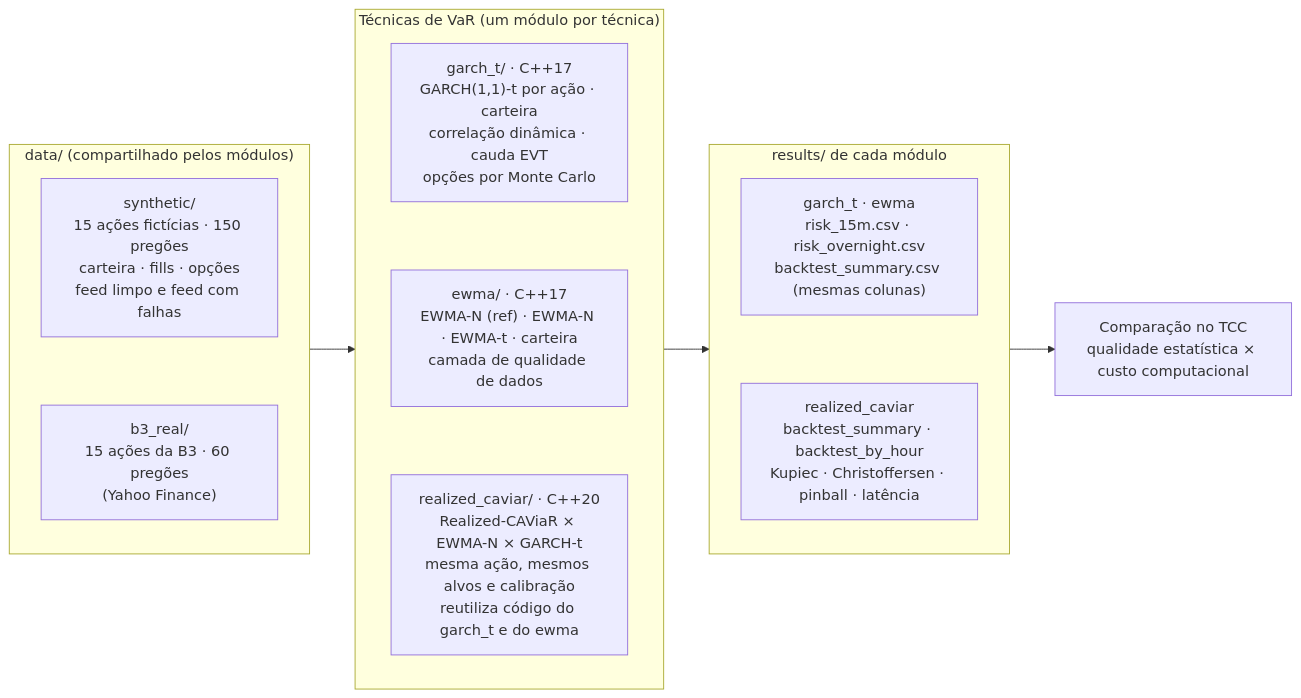
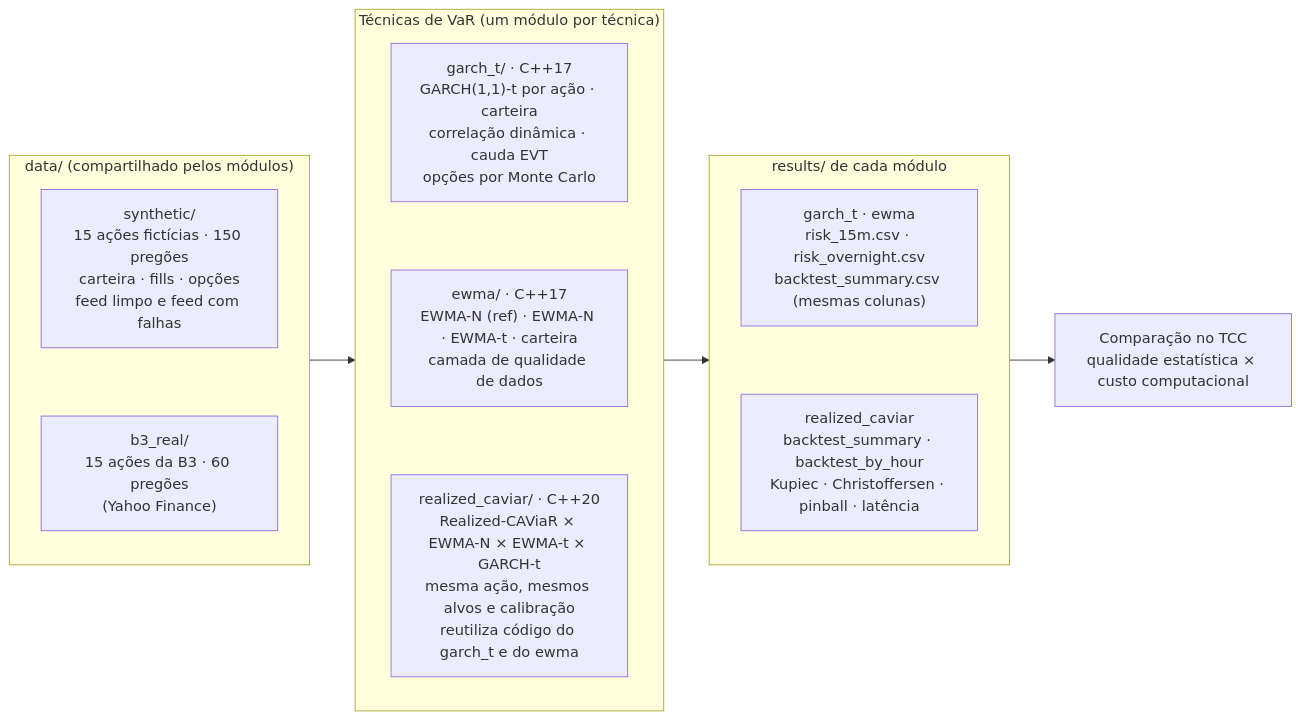
Before and after one commit to gustavoscardino/intraday-risk-engine: the diagram in architecture/00_visao_geral.mmd, drawn with Mermaid. The commit also changed 15 other files, not shown here.

First line of the commit message:
Store the dashboard engine package byte for byte; portable editor setting; four models in the architecture

```diff
--- a/architecture/00_visao_geral.mmd
+++ b/architecture/00_visao_geral.mmd
@@ -1,26 +1,26 @@
 flowchart LR
     subgraph Dados["data/ (compartilhado pelos módulos)"]
         direction TB
         SY["synthetic/<br/>15 ações fictícias · 150 pregões<br/>carteira · fills · opções<br/>feed limpo e feed com falhas"]
         B3["b3_real/<br/>15 ações da B3 · 60 pregões<br/>(Yahoo Finance)"]
         SY ~~~ B3
     end
 
     subgraph Tecnicas["Técnicas de VaR (um módulo por técnica)"]
         direction TB
         GT["garch_t/ · C++17<br/>GARCH(1,1)-t por ação · carteira<br/>correlação dinâmica · cauda EVT<br/>opções por Monte Carlo"]
         EW["ewma/ · C++17<br/>EWMA-N (ref) · EWMA-N · EWMA-t · carteira<br/>camada de qualidade de dados"]
-        RC["realized_caviar/ · C++20<br/>Realized-CAViaR × EWMA-N × GARCH-t<br/>mesma ação, mesmos alvos e calibração<br/>reutiliza código do garch_t e do ewma"]
+        RC["realized_caviar/ · C++20<br/>Realized-CAViaR × EWMA-N × EWMA-t × GARCH-t<br/>mesma ação, mesmos alvos e calibração<br/>reutiliza código do garch_t e do ewma"]
         GT ~~~ EW ~~~ RC
     end
 
     subgraph Resultados["results/ de cada módulo"]
         direction TB
         RS["garch_t · ewma<br/>risk_15m.csv · risk_overnight.csv<br/>backtest_summary.csv (mesmas colunas)"]
         BS["realized_caviar<br/>backtest_summary · backtest_by_hour<br/>Kupiec · Christoffersen · pinball · latência"]
         RS ~~~ BS
     end
 
     CMP["Comparação no TCC<br/>qualidade estatística × custo computacional"]
 
     Dados --> Tecnicas --> Resultados --> CMP
```
